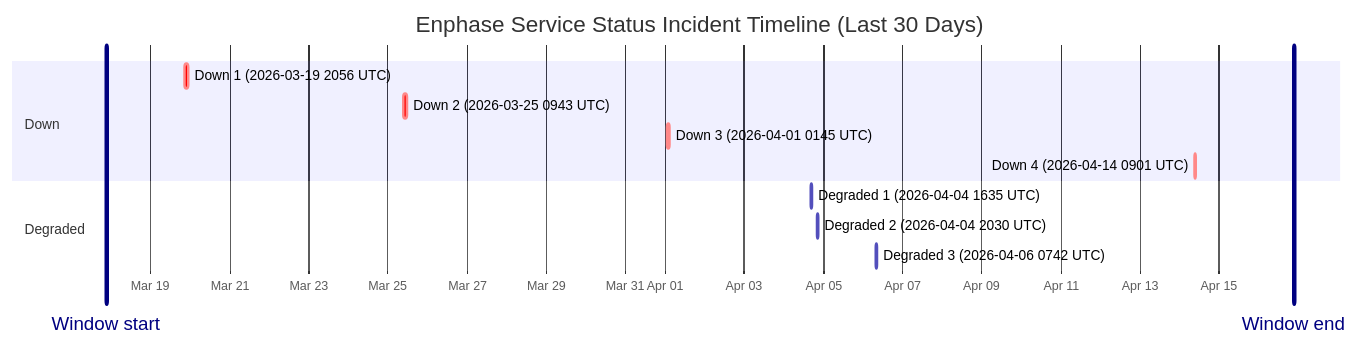
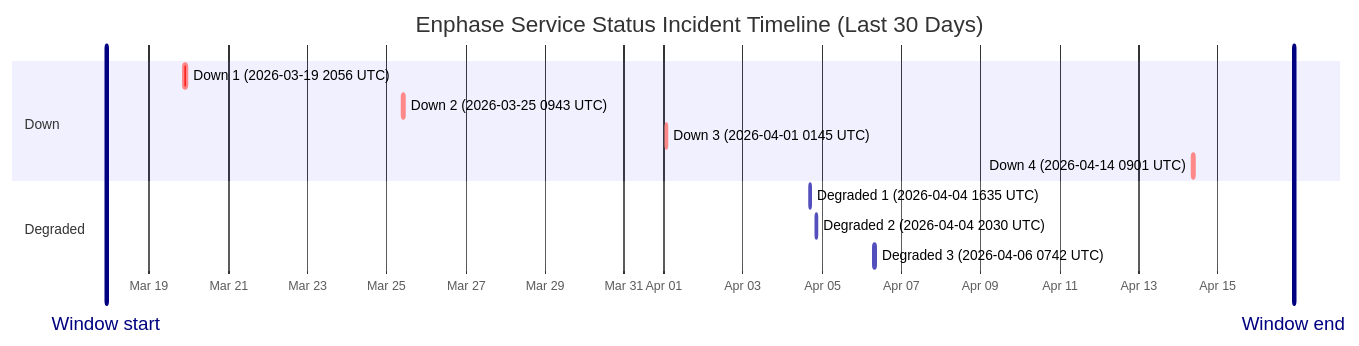
Before and after one commit to barneyonline/ha-enphase-ev-charger: the diagram in wiki/Service-Status-History.md, drawn with Mermaid. The commit also changed other lines of this file and 3 other files, not shown here.

````diff
--- a/wiki/Service-Status-History.md
+++ b/wiki/Service-Status-History.md
@@ -14,17 +14,17 @@
 ```mermaid
 gantt
     title Enphase Service Status Incident Timeline (Last 30 Days)
     dateFormat  YYYY-MM-DDTHH:mm:ss
     axisFormat  %b %d
-    Window start :vert, window-start, 2026-03-17T21:09:39, 0ms
-    Window end :vert, window-end, 2026-04-16T21:09:39, 0ms
+    Window start :vert, window-start, 2026-03-17T22:06:11, 0ms
+    Window end :vert, window-end, 2026-04-16T22:06:11, 0ms
     section Down
     Down 1 (2026-03-19 2056 UTC) :crit, down-1, 2026-03-19T20:56:20, 145m
     Down 2 (2026-03-25 0943 UTC) :crit, down-2, 2026-03-25T09:43:28, 111m
     Down 3 (2026-04-01 0145 UTC) :crit, down-3, 2026-04-01T01:45:09, 60m
     Down 4 (2026-04-14 0901 UTC) :crit, down-4, 2026-04-14T09:01:13, 60m
     section Degraded
     Degraded 1 (2026-04-04 1635 UTC) :active, degraded-1, 2026-04-04T16:35:17, 60m
     Degraded 2 (2026-04-04 2030 UTC) :active, degraded-2, 2026-04-04T20:30:40, 60m
     Degraded 3 (2026-04-06 0742 UTC) :active, degraded-3, 2026-04-06T07:42:09, 85m
 ```
````
